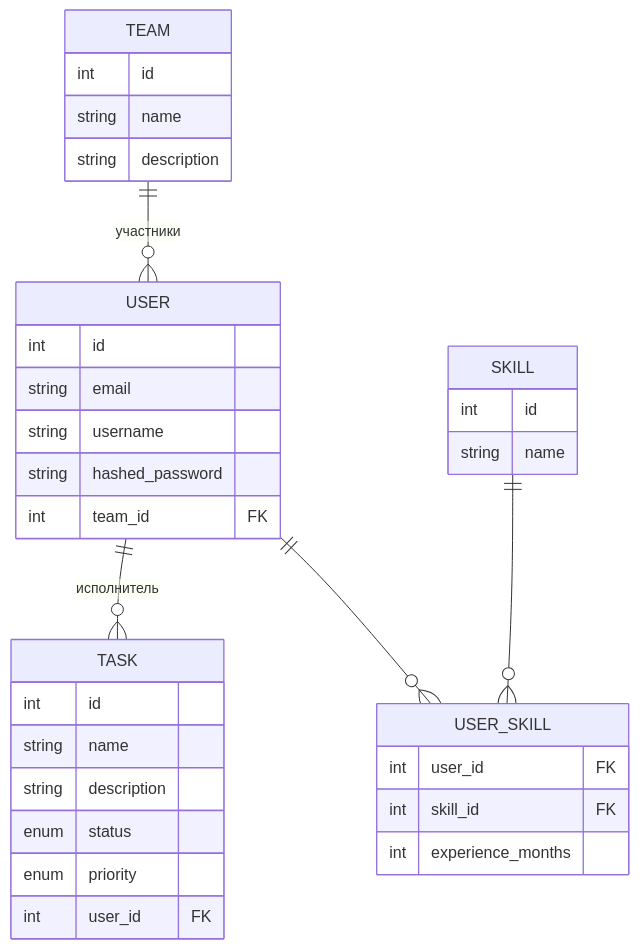
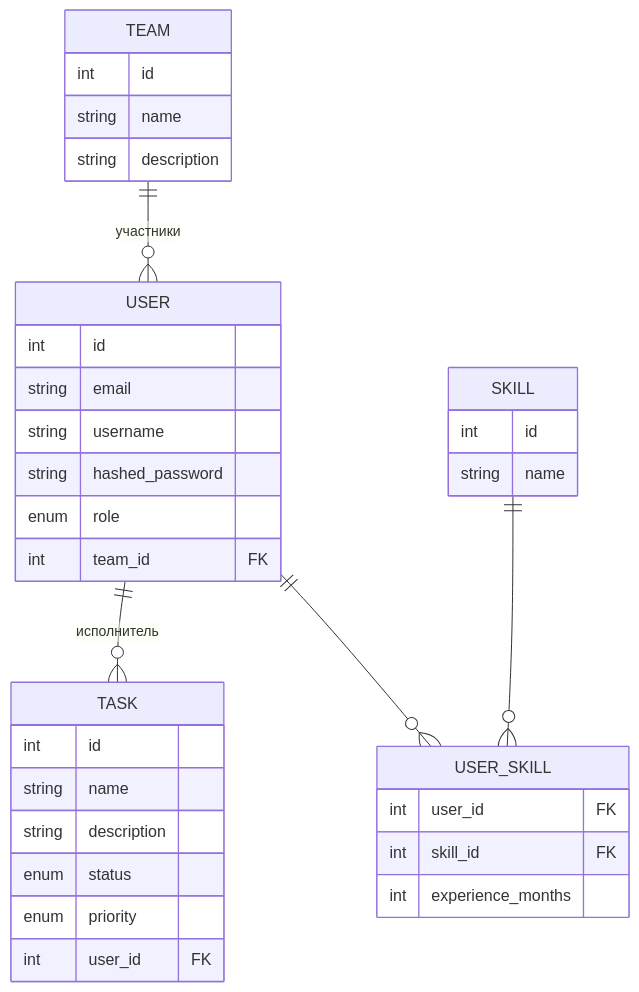
One commit to poqoyh/task-tracker changed the diagram in README.md. Above: the diagram before and after it, drawn with Mermaid. The commit also changed other lines of this file, not shown here.

````diff
--- a/README.md
+++ b/README.md
@@ -36,37 +58,38 @@
 ```mermaid
 erDiagram
     TEAM ||--o{ USER : "участники"
     USER ||--o{ TASK : "исполнитель"
     USER ||--o{ USER_SKILL : ""
     SKILL ||--o{ USER_SKILL : ""
  
     TEAM {
         int id
         string name
         string description
     }
     USER {
         int id
         string email
         string username
         string hashed_password
+        enum role
         int team_id FK
     }
     TASK {
         int id
         string name
         string description
         enum status
         enum priority
         int user_id FK
     }
     SKILL {
         int id
         string name
     }
     USER_SKILL {
         int user_id FK
         int skill_id FK
         int experience_months
     }
 ```
````
